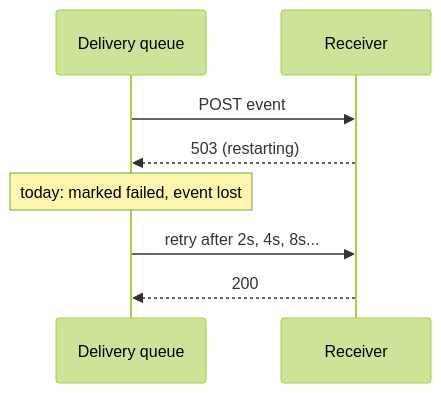
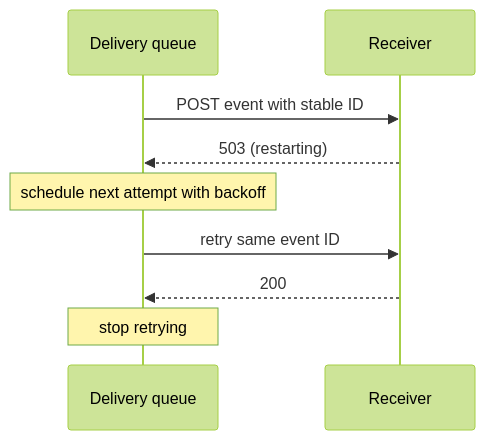
The diagram in references/plan-note.md (Atharva-Kanherkar/pr-notes), drawn with Mermaid (forest theme) before and after one commit. The commit also changed other lines of this file and 4 other files, not shown here.

````diff
--- a/references/plan-note.md
+++ b/references/plan-note.md
@@ -50,10 +90,11 @@
 ```mermaid
 sequenceDiagram
   participant Q as Delivery queue
   participant R as Receiver
-  Q->>R: POST event
+  Q->>R: POST event with stable ID
   R-->>Q: 503 (restarting)
-  Note over Q: today: marked failed, event lost
-  Q->>R: retry after 2s, 4s, 8s...
+  Note over Q: schedule next attempt with backoff
+  Q->>R: retry same event ID
   R-->>Q: 200
+  Note over Q: stop retrying
 ```
````
